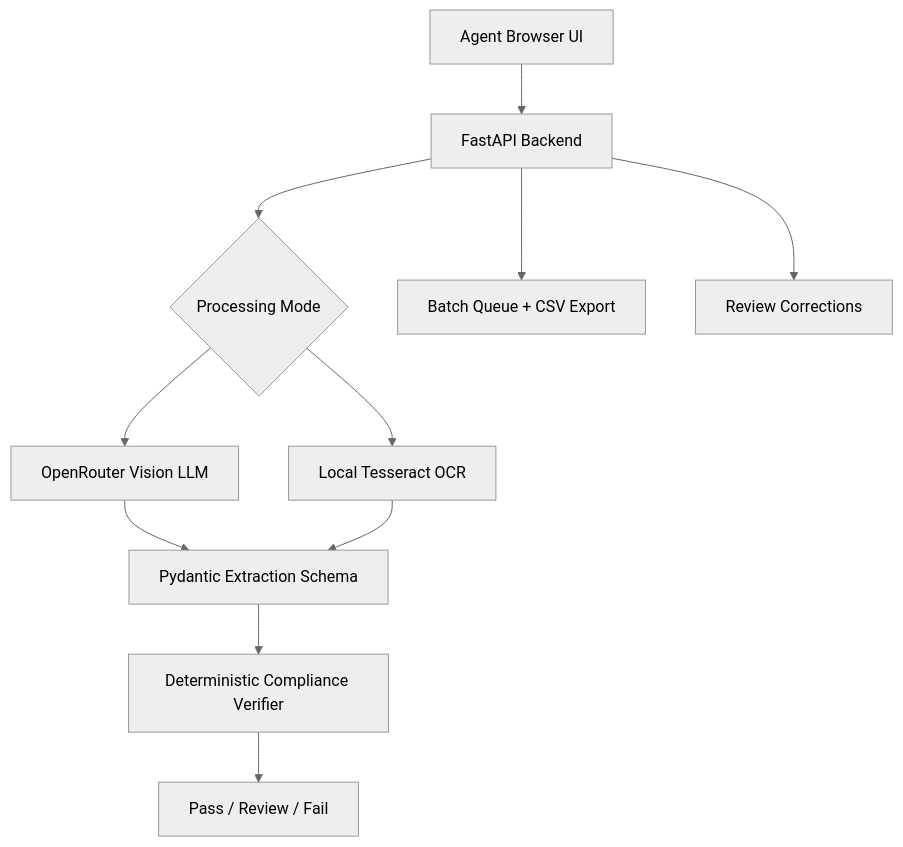
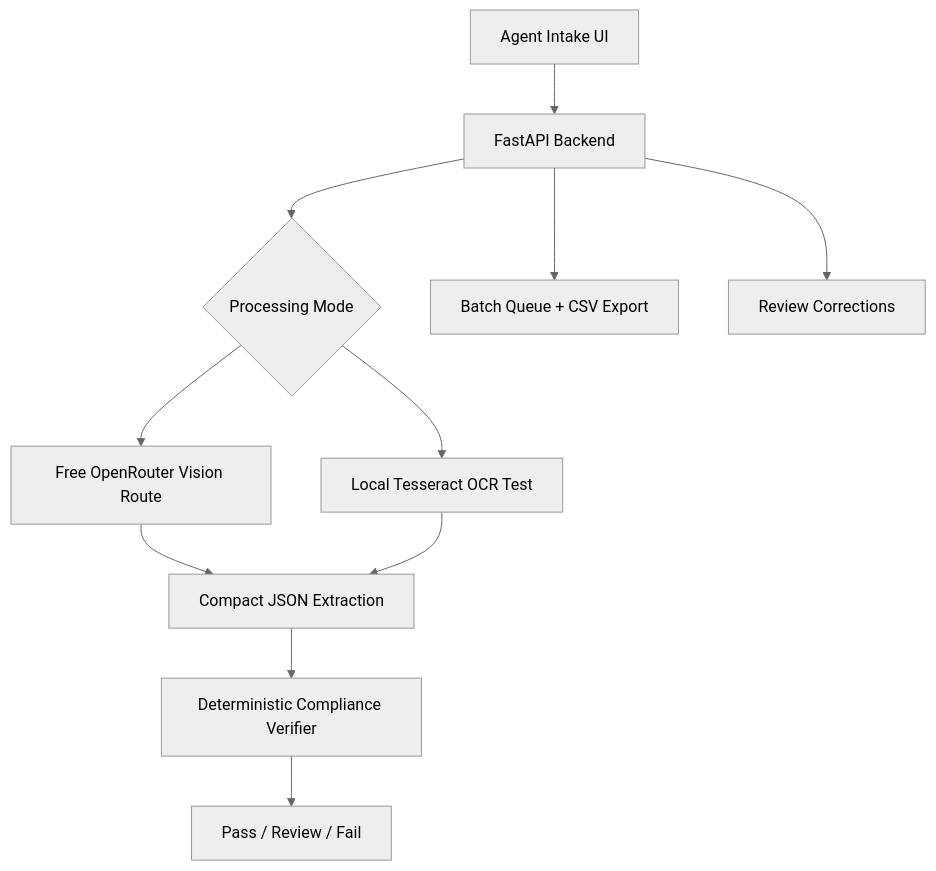
The diagram in README.md (avinashsriram1/Treasury-Take-Home), drawn with Mermaid (neutral theme) before and after one commit. The commit also changed other lines of this file and 19 other files, not shown here.

````diff
--- a/README.md
+++ b/README.md
@@ -30,13 +26,13 @@
 ```mermaid
 flowchart TD
-    A["Agent Browser UI"] --> B["FastAPI Backend"]
+    A["Agent Intake UI"] --> B["FastAPI Backend"]
     B --> C{"Processing Mode"}
-    C --> D["OpenRouter Vision LLM"]
-    C --> E["Local Tesseract OCR"]
-    D --> F["Pydantic Extraction Schema"]
+    C --> D["Free OpenRouter Vision Route"]
+    C --> E["Local Tesseract OCR Test"]
+    D --> F["Compact JSON Extraction"]
     E --> F
     F --> G["Deterministic Compliance Verifier"]
     G --> H["Pass / Review / Fail"]
     B --> I["Batch Queue + CSV Export"]
     B --> J["Review Corrections"]
 ```
````
